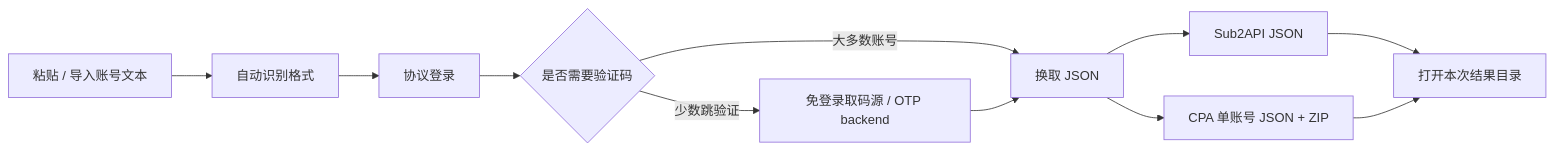
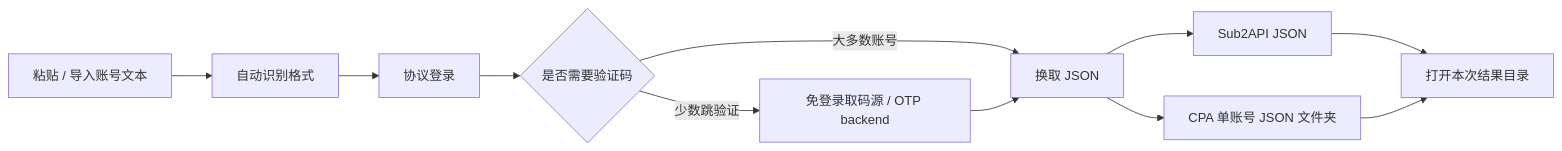
Before and after one commit to AyeSt0/gpt2json: the diagram in README.md, drawn with Mermaid. The commit also changed other lines of this file and 9 other files, not shown here.

````diff
--- a/README.md
+++ b/README.md
@@ -42,13 +42,13 @@
 ```mermaid
 flowchart LR
   A["粘贴 / 导入账号文本"] --> B["自动识别格式"]
   B --> C["协议登录"]
   C --> D{"是否需要验证码"}
   D -- "大多数账号" --> F["换取 JSON"]
   D -- "少数跳验证" --> E["免登录取码源 / OTP backend"]
   E --> F
   F --> G["Sub2API JSON"]
-  F --> H["CPA 单账号 JSON + ZIP"]
+  F --> H["CPA 单账号 JSON 文件夹"]
   G --> I["打开本次结果目录"]
   H --> I
 ```
````
